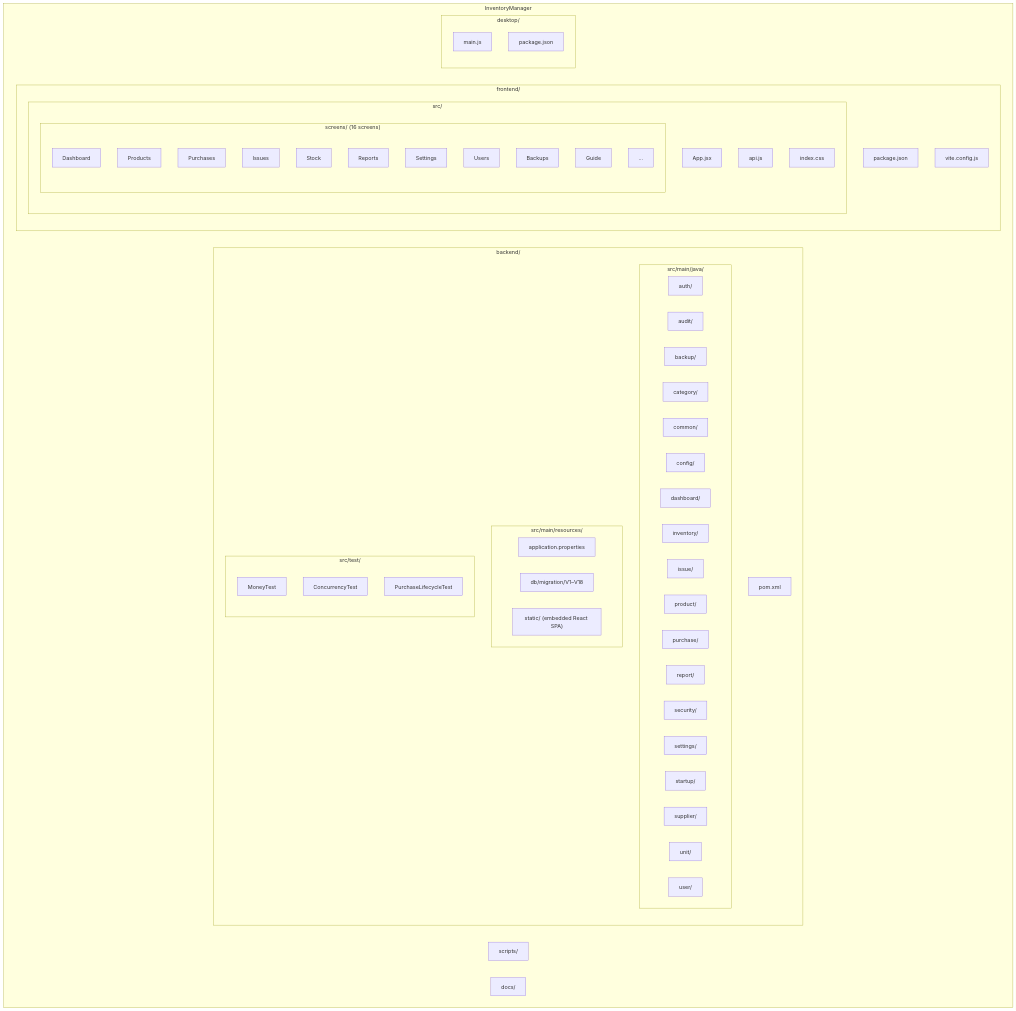
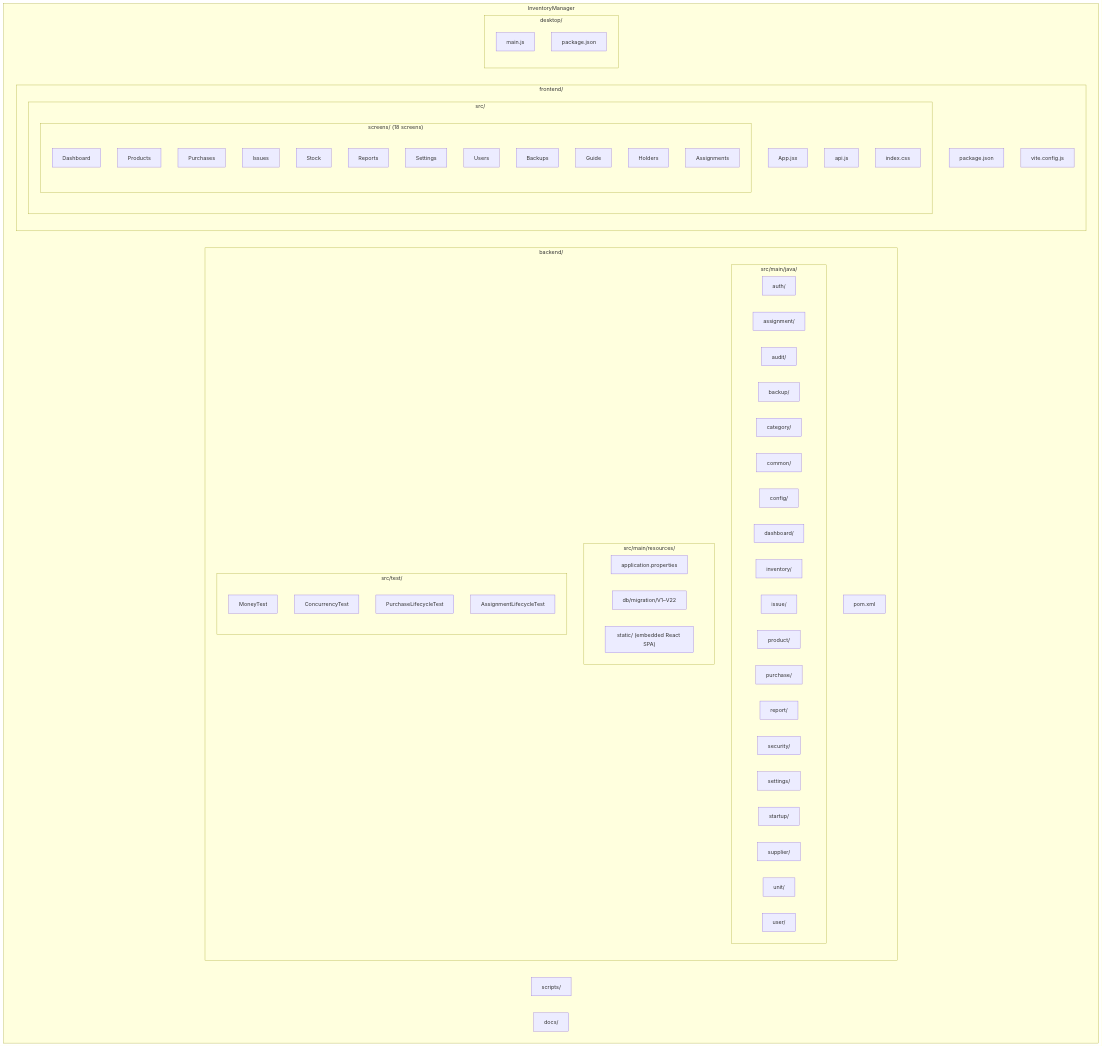
One commit to MooRaa86/Inventory-Management-Desktop-App changed the third of 5 diagrams in README.md. Above: the diagram before and after it, drawn with Mermaid. The commit also changed other lines of this file and 40 other files, not shown here.

Commit message:
feat(User assigning): add feature of assign products to users and enhance the app flow

````diff
--- a/README.md
+++ b/README.md
@@ -319,69 +332,72 @@
 ```mermaid
 graph TB
     subgraph Root["InventoryManager"]
         subgraph BE["backend/"]
             POM["pom.xml"]
             subgraph SRC["src/main/java/"]
                 AUTH["auth/"]
+                ASSIGN["assignment/"]
                 AUDIT["audit/"]
                 BACKUP["backup/"]
                 CAT["category/"]
                 COMMON["common/"]
                 CONFIG["config/"]
                 DASH["dashboard/"]
                 INV["inventory/"]
                 ISSUE["issue/"]
                 PROD["product/"]
                 PURCH["purchase/"]
                 REPORT["report/"]
                 SEC["security/"]
                 SETTINGS["settings/"]
                 STARTUP["startup/"]
                 SUPP["supplier/"]
                 UNIT["unit/"]
                 USER["user/"]
             end
             subgraph RES["src/main/resources/"]
                 PROP["application.properties"]
-                MIG["db/migration/V1–V18"]
+                MIG["db/migration/V1–V22"]
                 STATIC["static/ (embedded React SPA)"]
             end
             subgraph TEST["src/test/"]
                 T1["MoneyTest"]
                 T2["ConcurrencyTest"]
                 T3["PurchaseLifecycleTest"]
+                T4["AssignmentLifecycleTest"]
             end
         end
 
         subgraph FE["frontend/"]
             FPKG["package.json"]
             FVITE["vite.config.js"]
             subgraph FSRC["src/"]
                 APP["App.jsx"]
                 API["api.js"]
                 CSS["index.css"]
-                subgraph SCREENS["screens/ (16 screens)"]
+                subgraph SCREENS["screens/ (18 screens)"]
                     S1["Dashboard"]
                     S2["Products"]
                     S3["Purchases"]
                     S4["Issues"]
                     S5["Stock"]
                     S6["Reports"]
                     S7["Settings"]
                     S8["Users"]
                     S9["Backups"]
                     S10["Guide"]
-                    S11["..."]
+                    S11["Holders"]
+                    S12["Assignments"]
                 end
             end
         end
 
         subgraph DESKTOP["desktop/"]
             DJSM["main.js"]
             DPKG["package.json"]
         end
 
         SCRIPTS["scripts/"]
         DOCS["docs/"]
     end
 ```
````
